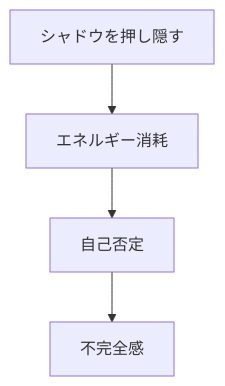
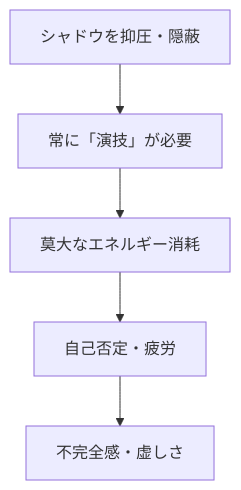
One commit to tndg16-bot/portfolio-site changed the fourth of 6 diagrams in content/blog/284-shadow-integration-self-acceptance.md. Above: the diagram before and after it, drawn with Mermaid. The commit also changed other lines of this file and 19 other files, not shown here.

````diff
--- a/content/blog/284-shadow-integration-self-acceptance.md
+++ b/content/blog/284-shadow-integration-self-acceptance.md
@@ -79,6 +84,7 @@
 ```mermaid
 graph TD
-    A[シャドウを押し隠す] --> B[エネルギー消耗]
-    B --> C[自己否定]
-    C --> D[不完全感]
+    A[シャドウを抑圧・隠蔽] --> B[常に「演技」が必要]
+    B --> C[莫大なエネルギー消耗]
+    C --> D[自己否定・疲労]
+    D --> E[不完全感・虚しさ]
 ```
````
